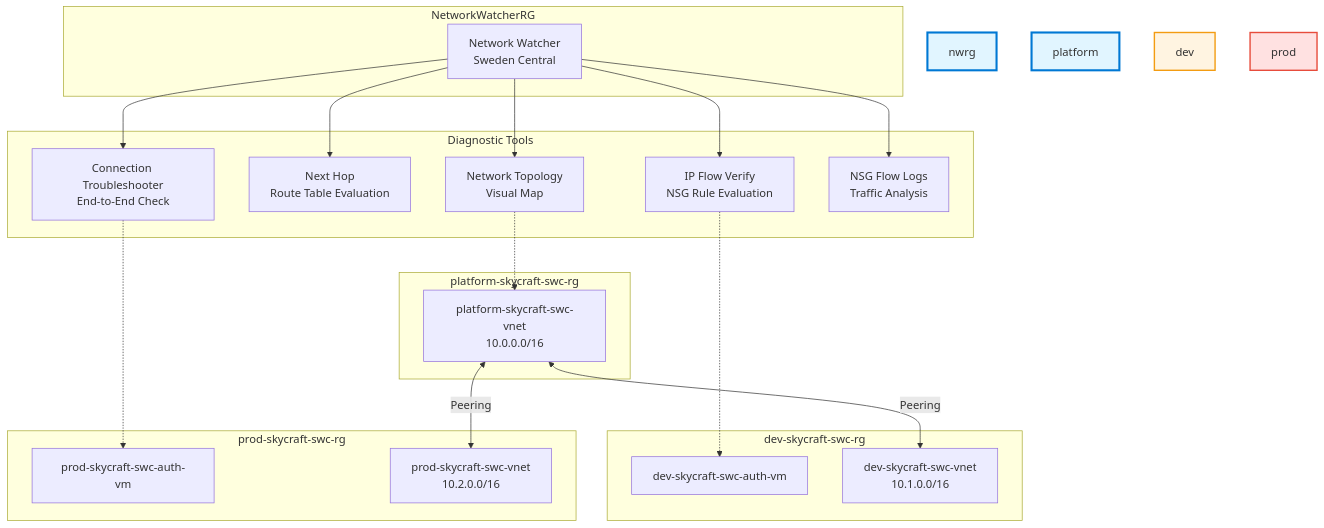
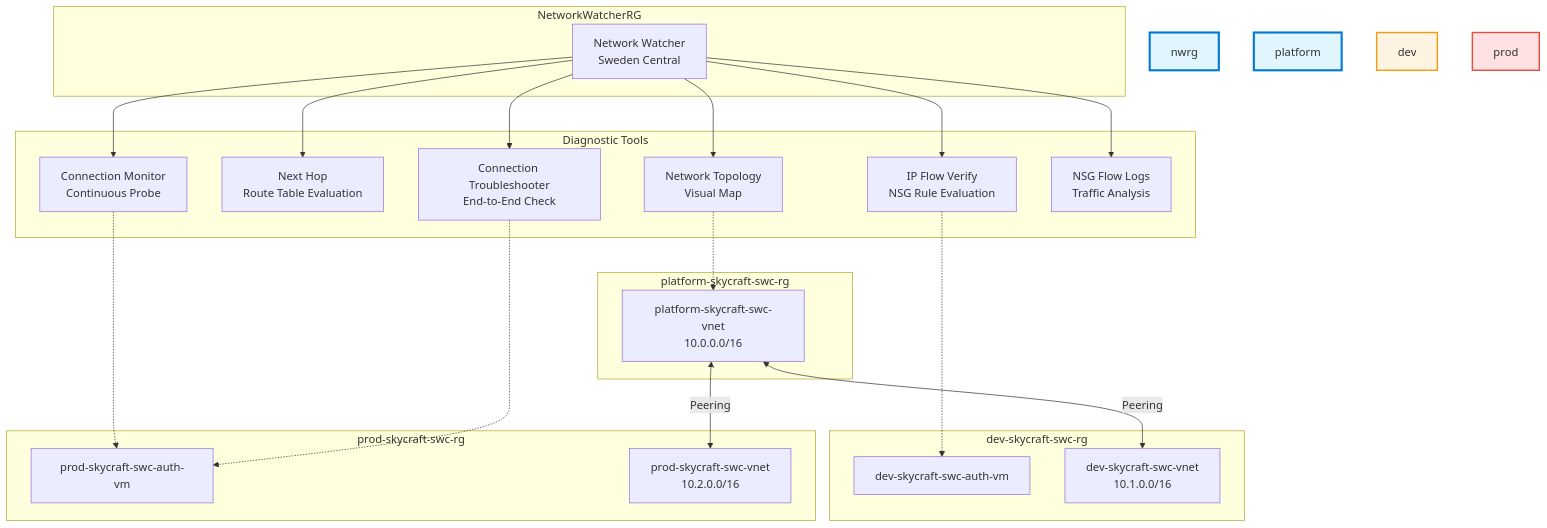
The diagram in module-5-monitoring-maintenance/5.3-network-monitoring/lab-guide-5.3.md (mbiszczanik/skycraft), drawn with Mermaid before and after one commit. The commit also changed other lines of this file and 6 other files, not shown here.

````diff
--- a/module-5-monitoring-maintenance/5.3-network-monitoring/lab-guide-5.3.md
+++ b/module-5-monitoring-maintenance/5.3-network-monitoring/lab-guide-5.3.md
@@ -20,44 +21,47 @@
 ```mermaid
 graph TB
     subgraph "NetworkWatcherRG"
         style nwrg fill:#e1f5ff,stroke:#0078d4,stroke-width:3px
         NW["Network Watcher<br/>Sweden Central"]
     end
 
     subgraph "Diagnostic Tools"
         IPF["IP Flow Verify<br/>NSG Rule Evaluation"]
         NH["Next Hop<br/>Route Table Evaluation"]
         CT["Connection Troubleshooter<br/>End-to-End Check"]
+        CM["Connection Monitor<br/>Continuous Probe"]
         TOPO["Network Topology<br/>Visual Map"]
         FL["NSG Flow Logs<br/>Traffic Analysis"]
     end
 
     subgraph "platform-skycraft-swc-rg"
         style platform fill:#e1f5ff,stroke:#0078d4,stroke-width:3px
         VNET_Hub["platform-skycraft-swc-vnet<br/>10.0.0.0/16"]
     end
 
     subgraph "dev-skycraft-swc-rg"
         style dev fill:#fff4e1,stroke:#f39c12,stroke-width:2px
         VM_Dev["dev-skycraft-swc-auth-vm"]
         VNET_Dev["dev-skycraft-swc-vnet<br/>10.1.0.0/16"]
     end
 
     subgraph "prod-skycraft-swc-rg"
         style prod fill:#ffe1e1,stroke:#e74c3c,stroke-width:2px
         VM_Prod["prod-skycraft-swc-auth-vm"]
         VNET_Prod["prod-skycraft-swc-vnet<br/>10.2.0.0/16"]
     end
 
     NW --> IPF
     NW --> NH
     NW --> CT
+    NW --> CM
     NW --> TOPO
     NW --> FL
 
     IPF -.-> VM_Dev
+    CM -.-> VM_Prod
     CT -.-> VM_Prod
     TOPO -.-> VNET_Hub
     VNET_Hub <-->|"Peering"| VNET_Dev
     VNET_Hub <-->|"Peering"| VNET_Prod
 ```
````
